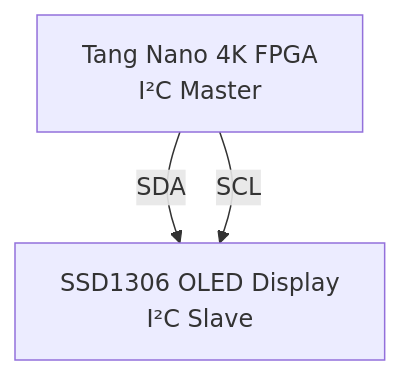
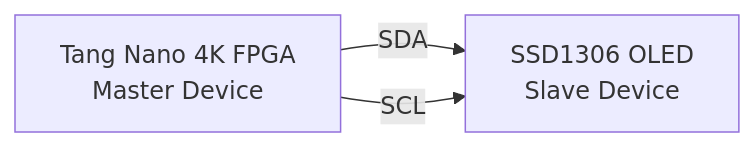
Before and after one commit to z-tejaswi/OLED-Interfacing: the diagram in README.md, drawn with Mermaid. The commit also changed other lines of this file, not shown here.

````diff
--- a/README.md
+++ b/README.md
@@ -113,8 +114,10 @@
 ```mermaid
-flowchart TD
-    FPGA["Tang Nano 4K FPGA<br/>I²C Master"]
-    OLED["SSD1306 OLED Display<br/>I²C Slave"]
+graph LR
 
-    FPGA -- SDA --> OLED
-    FPGA -- SCL --> OLED
+A["Tang Nano 4K FPGA<br>Master Device"]
+
+B["SSD1306 OLED<br>Slave Device"]
+
+A -- SDA --> B
+A -- SCL --> B
 ```
````
